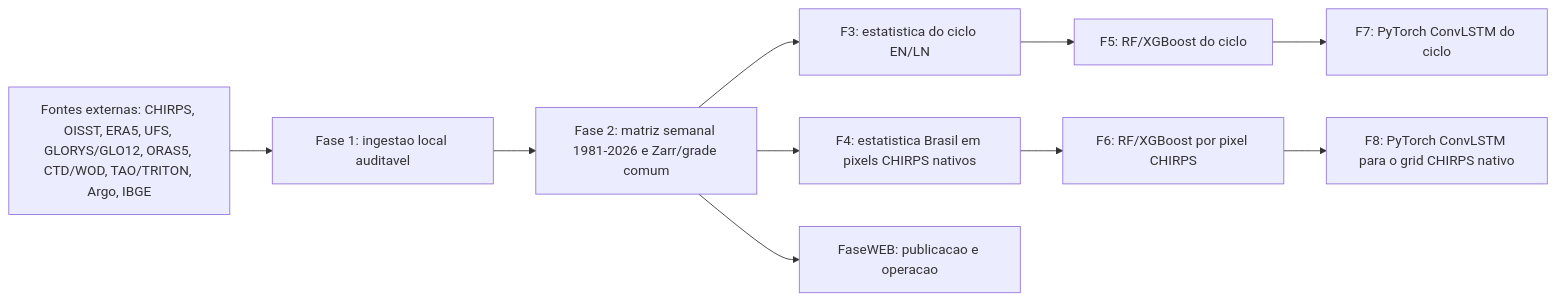
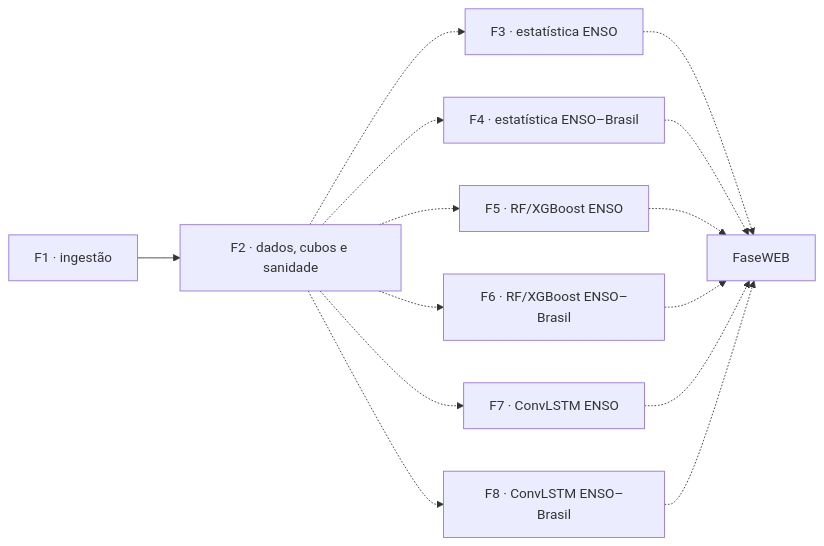
One commit to thiago-vilar/Nino26 changed the diagram in README.md. Above: the diagram before and after it, drawn with Mermaid. The commit also changed other lines of this file and 284 other files, not shown here.

````diff
--- a/README.md
+++ b/README.md
@@ -33,12 +22,16 @@
 ```mermaid
 flowchart LR
-    A["Fontes externas: CHIRPS, OISST, ERA5, UFS, GLORYS/GLO12, ORAS5, CTD/WOD, TAO/TRITON, Argo, IBGE"] --> B["Fase 1: ingestao local auditavel"]
-    B --> C["Fase 2: matriz semanal 1981-2026 e Zarr/grade comum"]
-    C --> D["F3: estatistica do ciclo EN/LN"]
-    C --> E["F4: estatistica Brasil em pixels CHIRPS nativos"]
-    D --> F["F5: RF/XGBoost do ciclo"]
-    E --> G["F6: RF/XGBoost por pixel CHIRPS"]
-    F --> H["F7: PyTorch ConvLSTM do ciclo"]
-    G --> I["F8: PyTorch ConvLSTM para o grid CHIRPS nativo"]
-    C --> W["FaseWEB: publicacao e operacao"]
+    A["F1 · ingestão"] --> B["F2 · dados, cubos e sanidade"]
+    B -.-> C["F3 · estatística ENSO"]
+    B -.-> D["F4 · estatística ENSO–Brasil"]
+    B -.-> E["F5 · RF/XGBoost ENSO"]
+    B -.-> F["F6 · RF/XGBoost ENSO–Brasil"]
+    B -.-> G["F7 · ConvLSTM ENSO"]
+    B -.-> H["F8 · ConvLSTM ENSO–Brasil"]
+    C -.-> W["FaseWEB"]
+    D -.-> W
+    E -.-> W
+    F -.-> W
+    G -.-> W
+    H -.-> W
 ```
````
